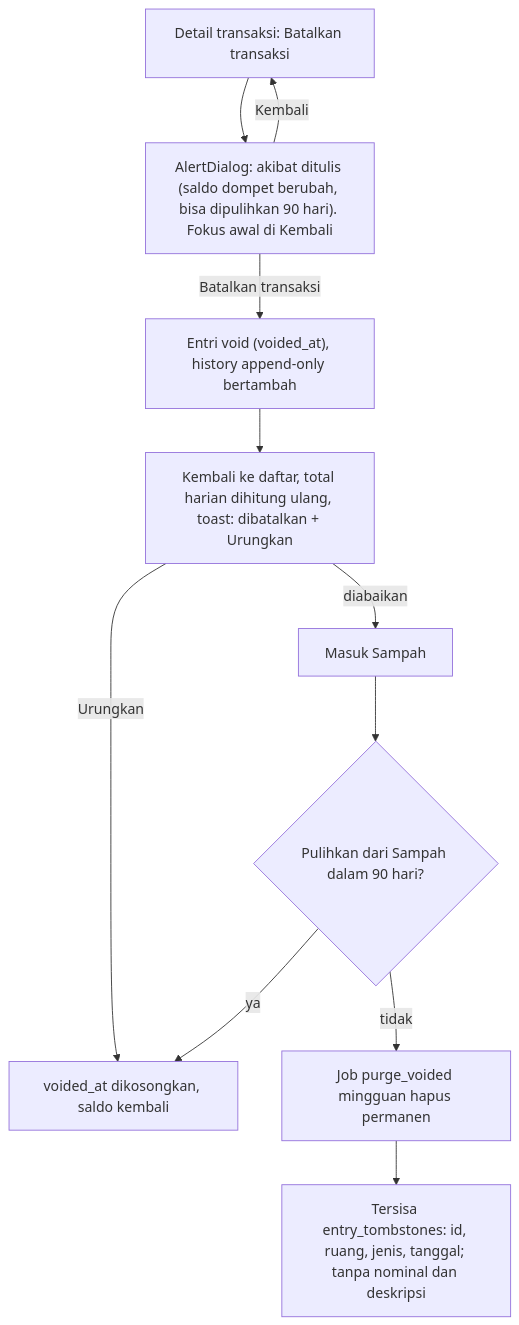
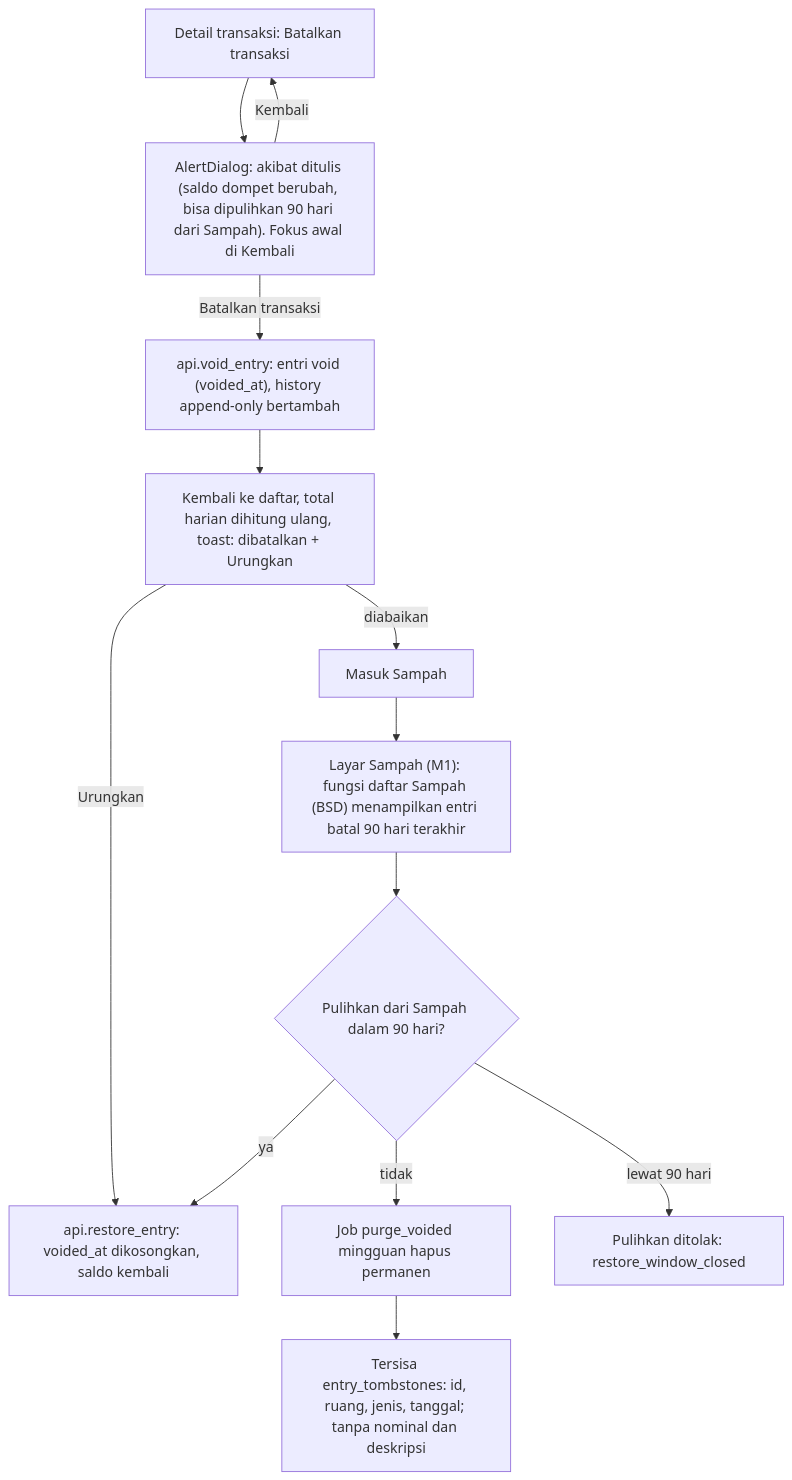
The fifth of 10 diagrams in docs/product/AFD.md (novandafadly/dompetku-v2), drawn with Mermaid before and after one commit. The commit also changed other lines of this file and 5 other files, not shown here.

````diff
--- a/docs/product/AFD.md
+++ b/docs/product/AFD.md
@@ -124,13 +154,15 @@
 ```mermaid
 flowchart TD
-  A["Detail transaksi: Batalkan transaksi"] --> B["AlertDialog: akibat ditulis (saldo dompet berubah, bisa dipulihkan 90 hari). Fokus awal di Kembali"]
+  A["Detail transaksi: Batalkan transaksi"] --> B["AlertDialog: akibat ditulis (saldo dompet berubah, bisa dipulihkan 90 hari dari Sampah). Fokus awal di Kembali"]
   B -- "Kembali" --> A
-  B -- "Batalkan transaksi" --> C["Entri void (voided_at), history append-only bertambah"]
+  B -- "Batalkan transaksi" --> C["api.void_entry: entri void (voided_at), history append-only bertambah"]
   C --> D["Kembali ke daftar, total harian dihitung ulang, toast: dibatalkan + Urungkan"]
-  D -- "Urungkan" --> E["voided_at dikosongkan, saldo kembali"]
+  D -- "Urungkan" --> E["api.restore_entry: voided_at dikosongkan, saldo kembali"]
   D -- "diabaikan" --> F["Masuk Sampah"]
-  F --> G{"Pulihkan dari Sampah dalam 90 hari?"}
+  F --> F1["Layar Sampah (M1): fungsi daftar Sampah (BSD) menampilkan entri batal 90 hari terakhir"]
+  F1 --> G{"Pulihkan dari Sampah dalam 90 hari?"}
   G -- "ya" --> E
   G -- "tidak" --> H["Job purge_voided mingguan hapus permanen"]
   H --> I["Tersisa entry_tombstones: id, ruang, jenis, tanggal; tanpa nominal dan deskripsi"]
+  G -- "lewat 90 hari" --> E1["Pulihkan ditolak: restore_window_closed"]
 ```
````
